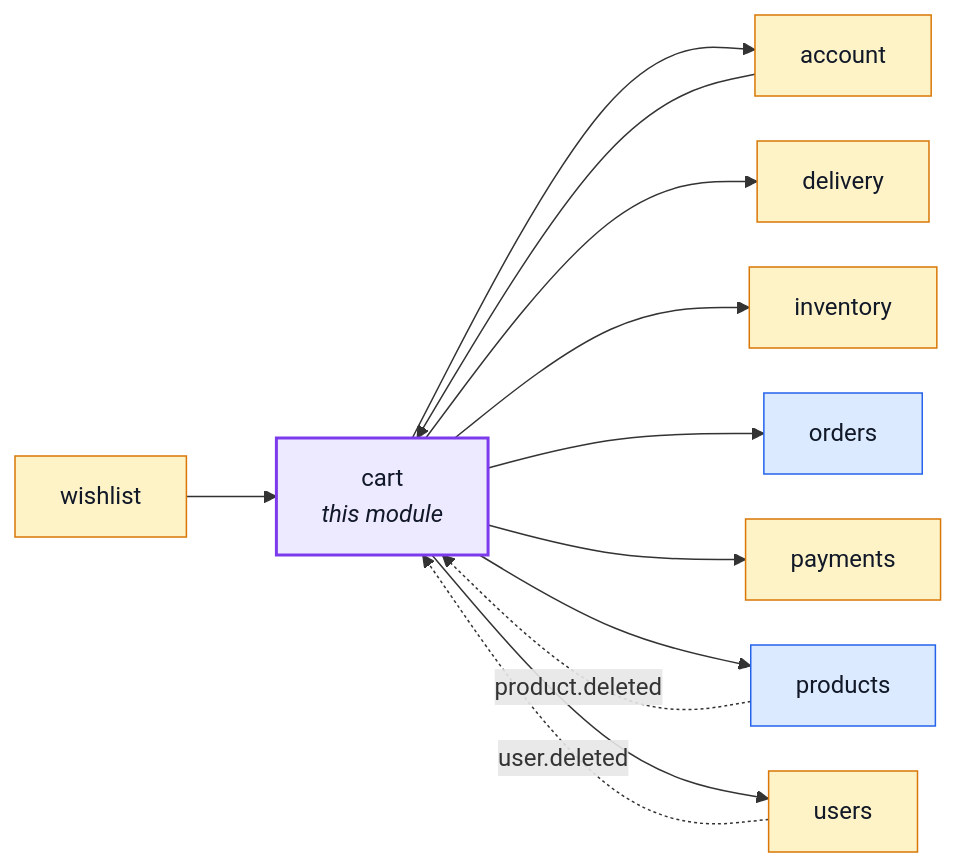
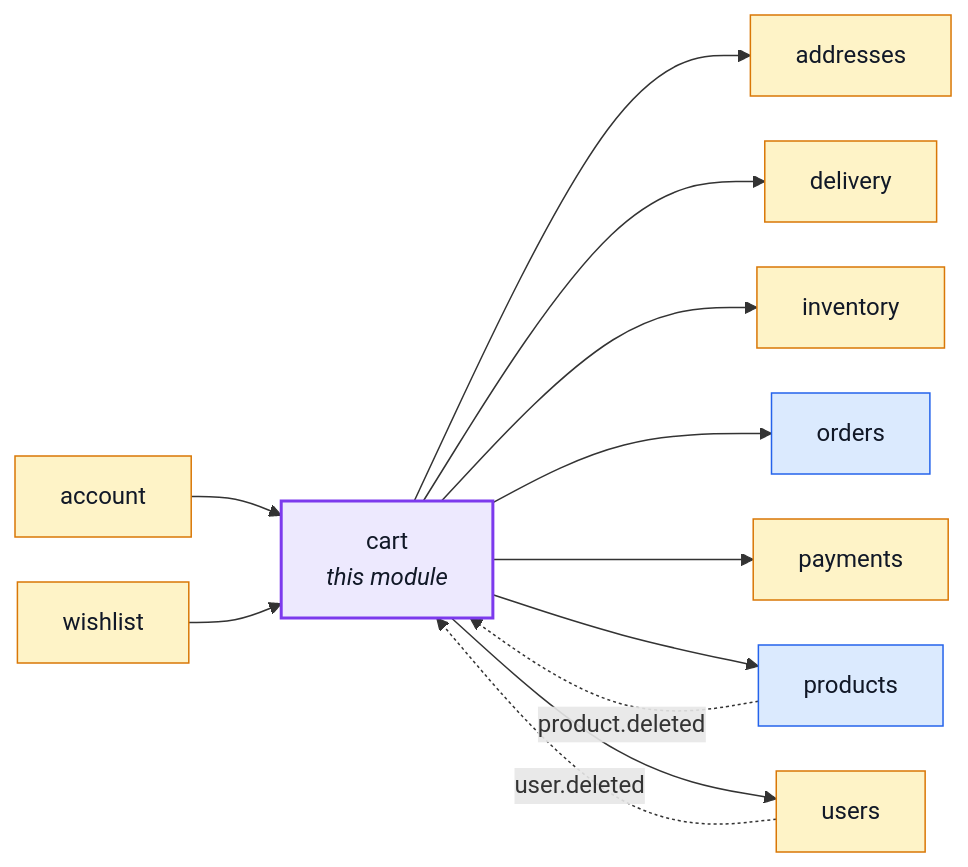
One commit to Guebbit/boilerplate-node-backend changed the first of 2 diagrams in docs/modules/cart.md. Above: the diagram before and after it, drawn with Mermaid. The commit also changed 48 other files, not shown here.

First line of the commit message:
refactor(addresses): give the address book its own module, so nothing depends on account

````diff
--- a/docs/modules/cart.md
+++ b/docs/modules/cart.md
@@ -16,33 +16,34 @@
 ```mermaid
 %%{init: {'flowchart': {'nodeSpacing': 30, 'rankSpacing': 60}}}%%
 flowchart LR
     cart["cart<br/><i>this module</i>"]
     account["account"]
+    addresses["addresses"]
     delivery["delivery"]
     inventory["inventory"]
     orders["orders"]
     payments["payments"]
     products["products"]
     users["users"]
     wishlist["wishlist"]
 
     account --> cart
     wishlist --> cart
-    cart --> account
+    cart --> addresses
     cart --> delivery
     cart --> inventory
     cart --> orders
     cart --> payments
     cart --> products
     cart --> users
     products -. "product.deleted" .-> cart
     users -. "user.deleted" .-> cart
 
     classDef core fill:#dbeafe,stroke:#2563eb,color:#111827;
     classDef supporting fill:#fef3c7,stroke:#d97706,color:#111827;
     classDef generic fill:#dcfce7,stroke:#16a34a,color:#111827;
     classDef centre fill:#ede9fe,stroke:#7c3aed,stroke-width:2px,color:#111827;
     class orders,products core;
-    class account,delivery,inventory,payments,users,wishlist supporting;
+    class account,addresses,delivery,inventory,payments,users,wishlist supporting;
     class cart centre;
 ```
````
